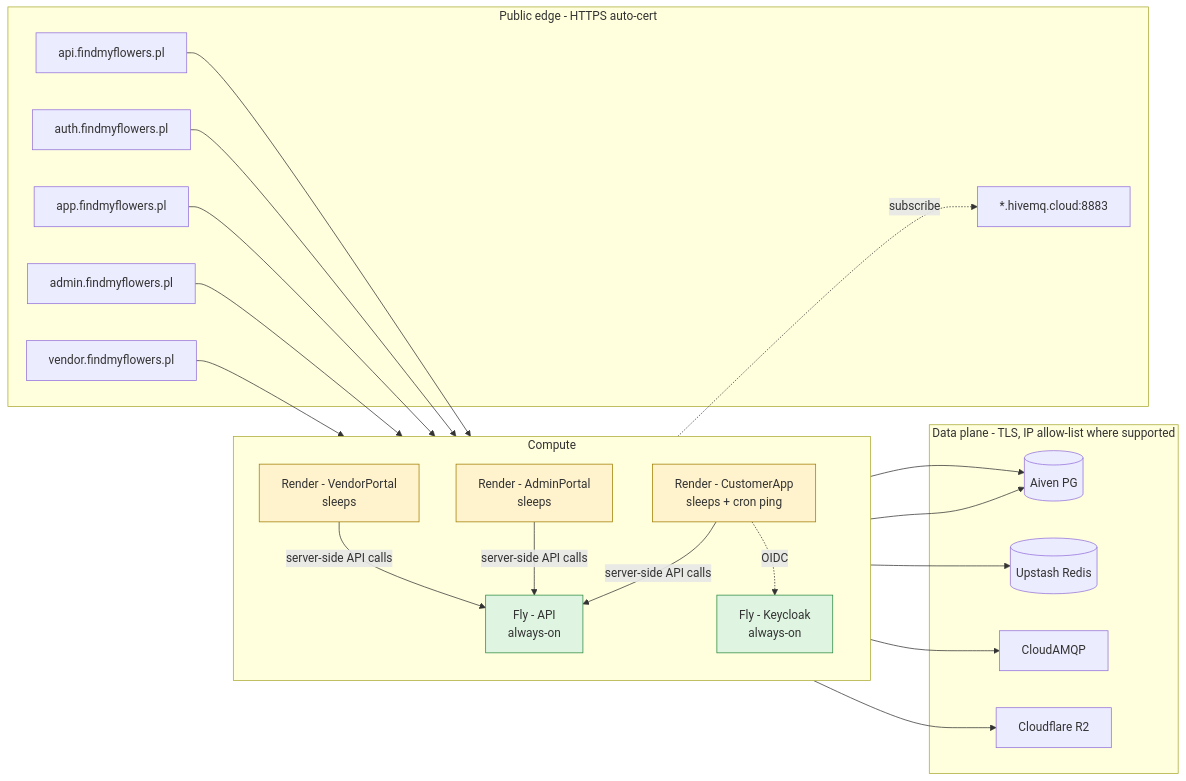
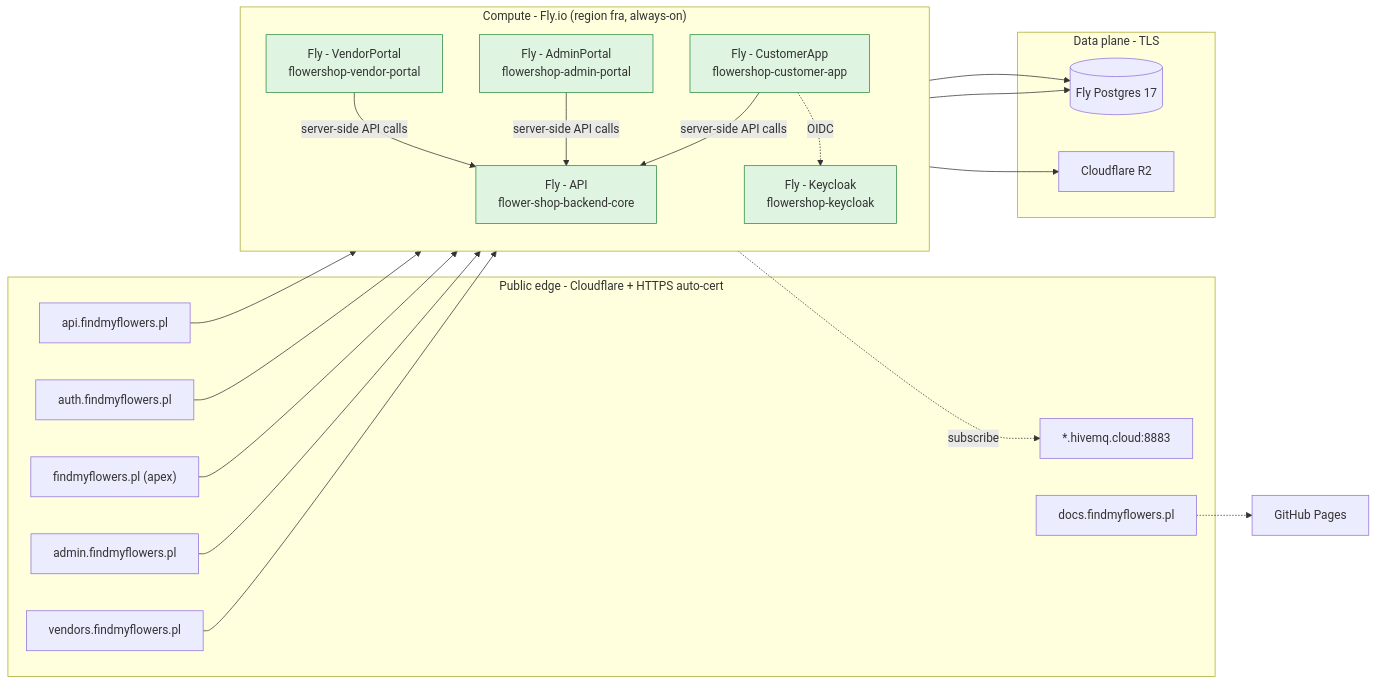
The diagram in deployment/04-network-and-dns.mmd (FlowerShop-IoT-Platform/flowershop-iot-platform-docs), drawn with Mermaid before and after one commit. The commit also changed 55 other files, not shown here.

Commit message:
deploy: FlowerShop-IoT-Platform/flower-shop-backend-core@f55f2df174e56467d56e5e6c6174cce9e9ae8b9b

```diff
--- a/deployment/04-network-and-dns.mmd
+++ b/deployment/04-network-and-dns.mmd
@@ -1,48 +1,44 @@
 flowchart LR
-    subgraph PUB["Public edge - HTTPS auto-cert"]
+    subgraph PUB["Public edge - Cloudflare + HTTPS auto-cert"]
         d1["api.findmyflowers.pl"]
-        d2["app.findmyflowers.pl"]
+        d2["findmyflowers.pl (apex)"]
         d3["admin.findmyflowers.pl"]
-        d4["vendor.findmyflowers.pl"]
+        d4["vendors.findmyflowers.pl"]
         d5["auth.findmyflowers.pl"]
         d6["*.hivemq.cloud:8883"]
+        d7["docs.findmyflowers.pl"]
     end
 
-    subgraph COMPUTE["Compute"]
+    subgraph COMPUTE["Compute - Fly.io (region fra, always-on)"]
         direction TB
-        F1["Fly - API<br/>always-on"]
-        F2["Fly - Keycloak<br/>always-on"]
-        R1["Render - CustomerApp<br/>sleeps + cron ping"]
-        R2["Render - AdminPortal<br/>sleeps"]
-        R3["Render - VendorPortal<br/>sleeps"]
+        F1["Fly - API<br/>flower-shop-backend-core"]
+        F2["Fly - Keycloak<br/>flowershop-keycloak"]
+        R1["Fly - CustomerApp<br/>flowershop-customer-app"]
+        R2["Fly - AdminPortal<br/>flowershop-admin-portal"]
+        R3["Fly - VendorPortal<br/>flowershop-vendor-portal"]
     end
 
-    subgraph DATAPLANE["Data plane - TLS, IP allow-list where supported"]
-        AV[("Aiven PG")]
-        UP[("Upstash Redis")]
-        CAM["CloudAMQP"]
+    subgraph DATAPLANE["Data plane - TLS"]
+        AV[("Fly Postgres 17")]
         CF["Cloudflare R2"]
     end
 
     d1 --> F1
     d5 --> F2
     d2 --> R1
     d3 --> R2
     d4 --> R3
+    d7 -.-> GH["GitHub Pages"]
 
     R1 -->|server-side API calls| F1
     R2 -->|server-side API calls| F1
     R3 -->|server-side API calls| F1
     R1 -. OIDC .-> F2
 
     F1 --> AV
     F2 --> AV
-    F1 --> UP
-    F1 --> CAM
     F1 --> CF
     F1 -. subscribe .-> d6
 
     classDef alwaysOn fill:#dff5e1,stroke:#2a8a3e
-    classDef sleeps fill:#fff3cd,stroke:#a07d00
-    class F1,F2 alwaysOn
-    class R1,R2,R3 sleeps
+    class F1,F2,R1,R2,R3 alwaysOn
```
